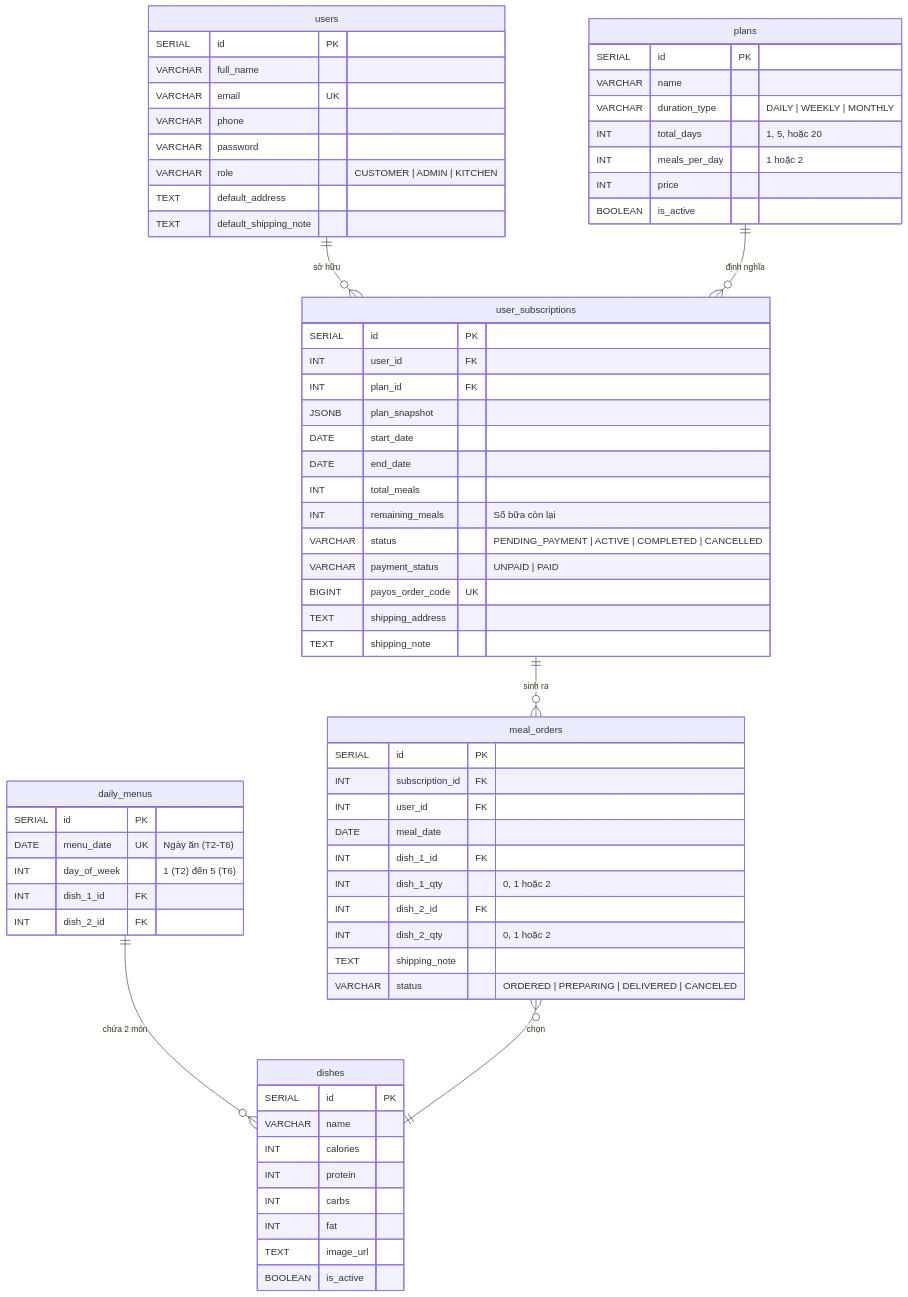
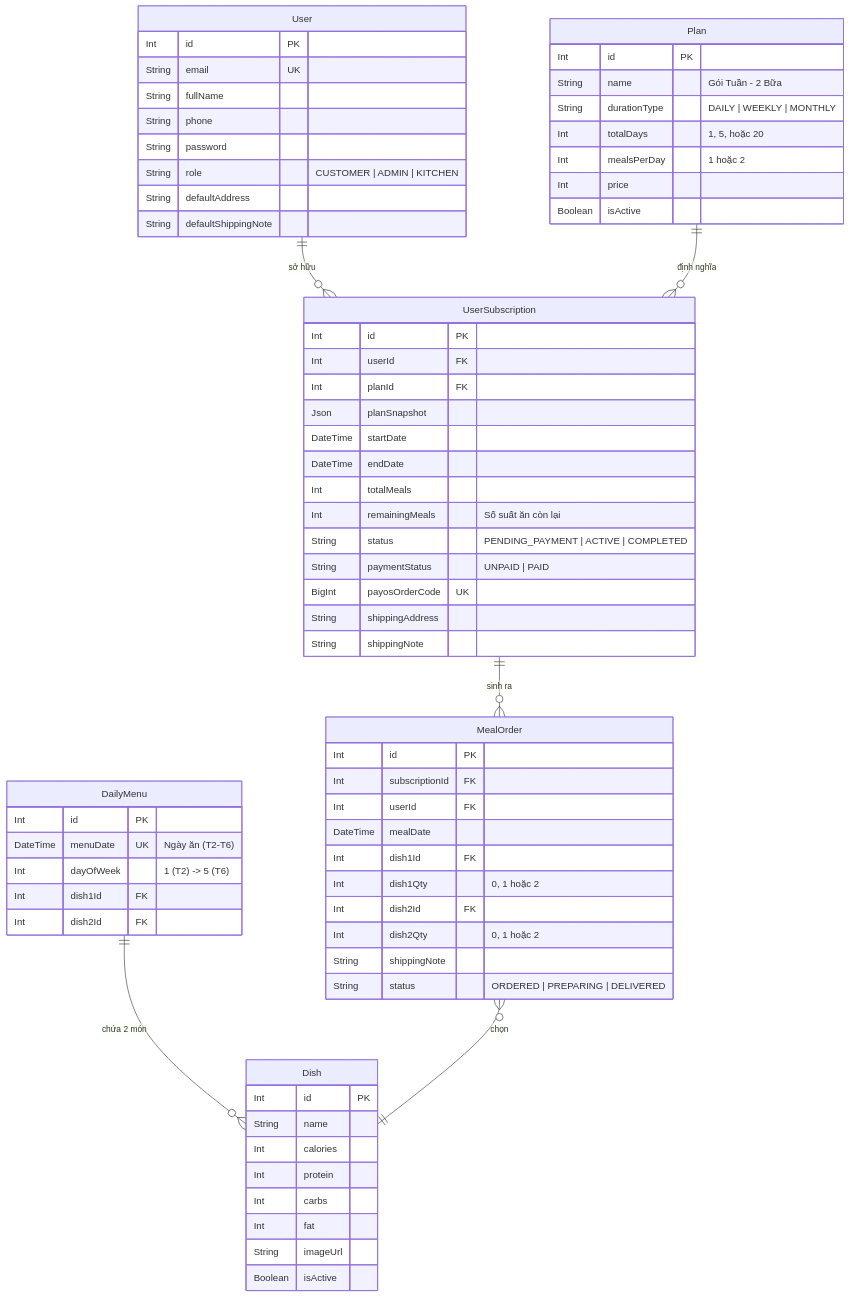
One commit to chrislethedimsum/dietdeli-2 changed the second of 2 diagrams in README.md. Above: the diagram before and after it, drawn with Mermaid. The commit also changed other lines of this file and 49 other files, not shown here.

````diff
--- a/README.md
+++ b/README.md
@@ -66,77 +67,77 @@
 ```mermaid
 erDiagram
-    users ||--o{ user_subscriptions : "sở hữu"
-    plans ||--o{ user_subscriptions : "định nghĩa"
-    user_subscriptions ||--o{ meal_orders : "sinh ra"
-    daily_menus ||--o{ dishes : "chứa 2 món"
-    meal_orders }o--|| dishes : "chọn"
+    User ||--o{ UserSubscription : "sở hữu"
+    Plan ||--o{ UserSubscription : "định nghĩa"
+    UserSubscription ||--o{ MealOrder : "sinh ra"
+    DailyMenu ||--o{ Dish : "chứa 2 món"
+    MealOrder }o--|| Dish : "chọn"
 
-    users {
-        SERIAL id PK
-        VARCHAR full_name
-        VARCHAR email UK
-        VARCHAR phone
-        VARCHAR password
-        VARCHAR role "CUSTOMER | ADMIN | KITCHEN"
-        TEXT default_address
-        TEXT default_shipping_note
+    User {
+        Int id PK
+        String email UK
+        String fullName
+        String phone
+        String password
+        String role "CUSTOMER | ADMIN | KITCHEN"
+        String defaultAddress
+        String defaultShippingNote
     }
 
-    plans {
-        SERIAL id PK
-        VARCHAR name
-        VARCHAR duration_type "DAILY | WEEKLY | MONTHLY"
-        INT total_days "1, 5, hoặc 20"
-        INT meals_per_day "1 hoặc 2"
-        INT price
-        BOOLEAN is_active
+    Plan {
+        Int id PK
+        String name "Gói Tuần - 2 Bữa"
+        String durationType "DAILY | WEEKLY | MONTHLY"
+        Int totalDays "1, 5, hoặc 20"
+        Int mealsPerDay "1 hoặc 2"
+        Int price
+        Boolean isActive
     }
 
-    dishes {
-        SERIAL id PK
-        VARCHAR name
-        INT calories
-        INT protein
-        INT carbs
-        INT fat
-        TEXT image_url
-        BOOLEAN is_active
+    Dish {
+        Int id PK
+        String name
+        Int calories
+        Int protein
+        Int carbs
+        Int fat
+        String imageUrl
+        Boolean isActive
     }
 
-    daily_menus {
-        SERIAL id PK
-        DATE menu_date UK "Ngày ăn (T2-T6)"
-        INT day_of_week "1 (T2) đến 5 (T6)"
-        INT dish_1_id FK
-        INT dish_2_id FK
+    DailyMenu {
+        Int id PK
+        DateTime menuDate UK "Ngày ăn (T2-T6)"
+        Int dayOfWeek "1 (T2) -> 5 (T6)"
+        Int dish1Id FK
+        Int dish2Id FK
     }
 
-    user_subscriptions {
-        SERIAL id PK
-        INT user_id FK
-        INT plan_id FK
-        JSONB plan_snapshot
-        DATE start_date
-        DATE end_date
-        INT total_meals
-        INT remaining_meals "Số bữa còn lại"
-        VARCHAR status "PENDING_PAYMENT | ACTIVE | COMPLETED | CANCELLED"
-        VARCHAR payment_status "UNPAID | PAID"
-        BIGINT payos_order_code UK
-        TEXT shipping_address
-        TEXT shipping_note
+    UserSubscription {
+        Int id PK
+        Int userId FK
+        Int planId FK
+        Json planSnapshot
+        DateTime startDate
+        DateTime endDate
+        Int totalMeals
+        Int remainingMeals "Số suất ăn còn lại"
+        String status "PENDING_PAYMENT | ACTIVE | COMPLETED"
+        String paymentStatus "UNPAID | PAID"
+        BigInt payosOrderCode UK
+        String shippingAddress
+        String shippingNote
     }
 
-    meal_orders {
-        SERIAL id PK
-        INT subscription_id FK
-        INT user_id FK
-        DATE meal_date
-        INT dish_1_id FK
-        INT dish_1_qty "0, 1 hoặc 2"
-        INT dish_2_id FK
-        INT dish_2_qty "0, 1 hoặc 2"
-        TEXT shipping_note
-        VARCHAR status "ORDERED | PREPARING | DELIVERED | CANCELED"
+    MealOrder {
+        Int id PK
+        Int subscriptionId FK
+        Int userId FK
+        DateTime mealDate
+        Int dish1Id FK
+        Int dish1Qty "0, 1 hoặc 2"
+        Int dish2Id FK
+        Int dish2Qty "0, 1 hoặc 2"
+        String shippingNote
+        String status "ORDERED | PREPARING | DELIVERED"
     }
 ```
````
